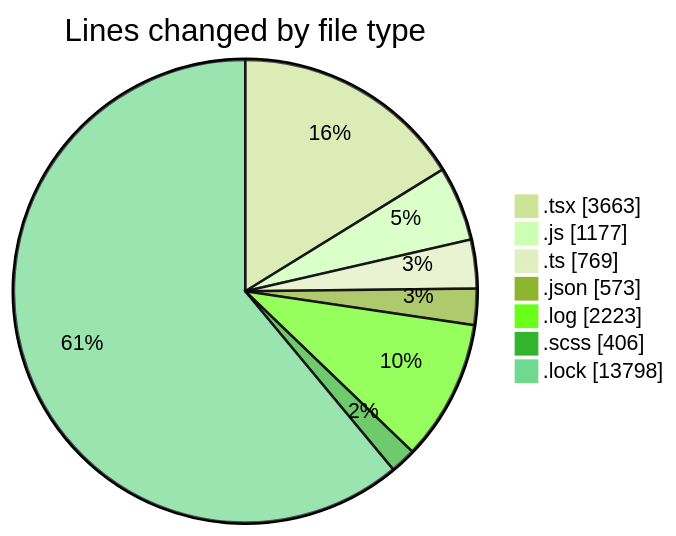
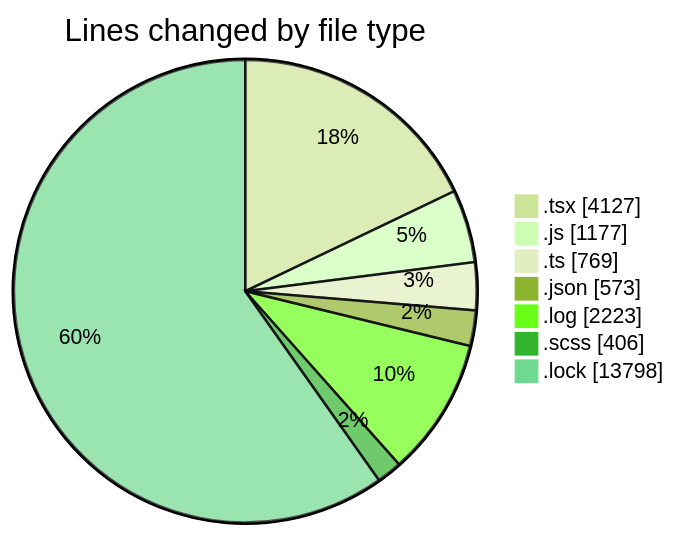
The first of 2 diagrams in 2026-04-17/cda/README.md (momahboobian/code-tracking), drawn with Mermaid (forest theme) before and after one commit. The commit also changed other lines of this file and 1 other file, not shown here.

````diff
--- a/2026-04-17/cda/README.md
+++ b/2026-04-17/cda/README.md
@@ -57,11 +58,11 @@
 ```mermaid
 pie showData
 title Lines changed by file type
-".tsx" : 3663
+".tsx" : 4127
 ".js" : 1177
 ".ts" : 769
 ".json" : 573
 ".log" : 2223
 ".scss" : 406
 ".lock" : 13798
 ```
````
